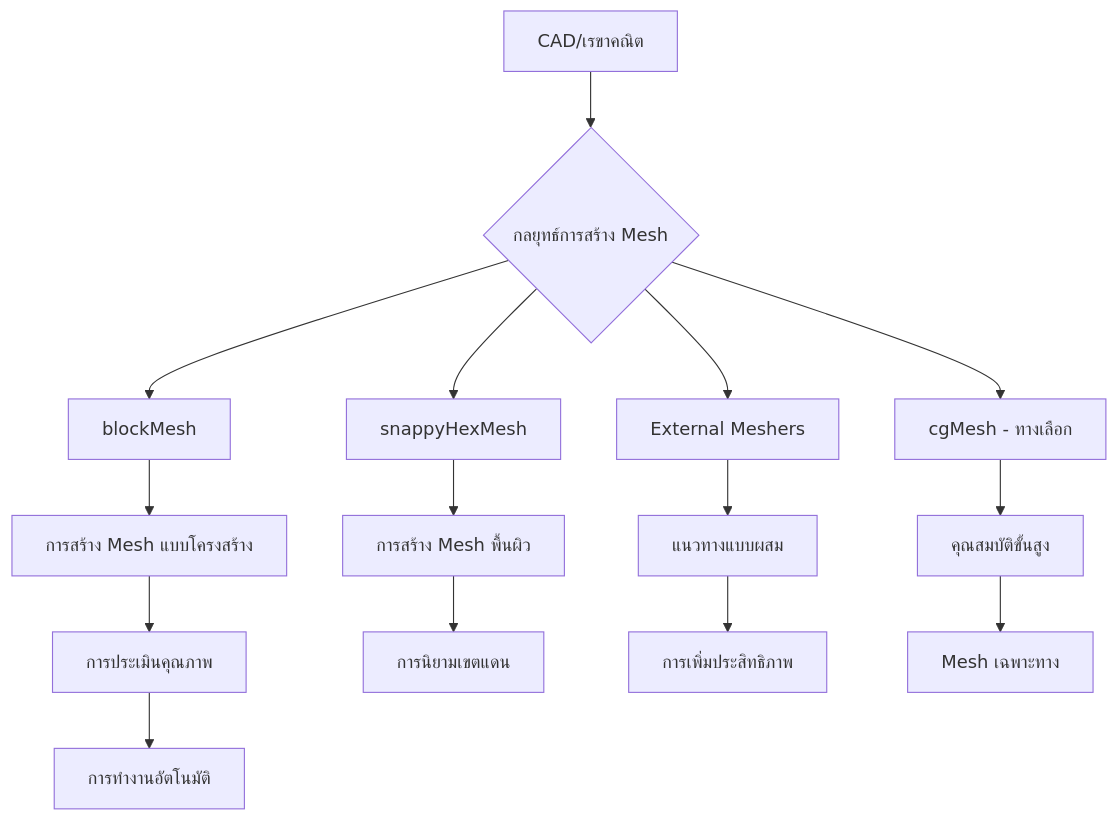
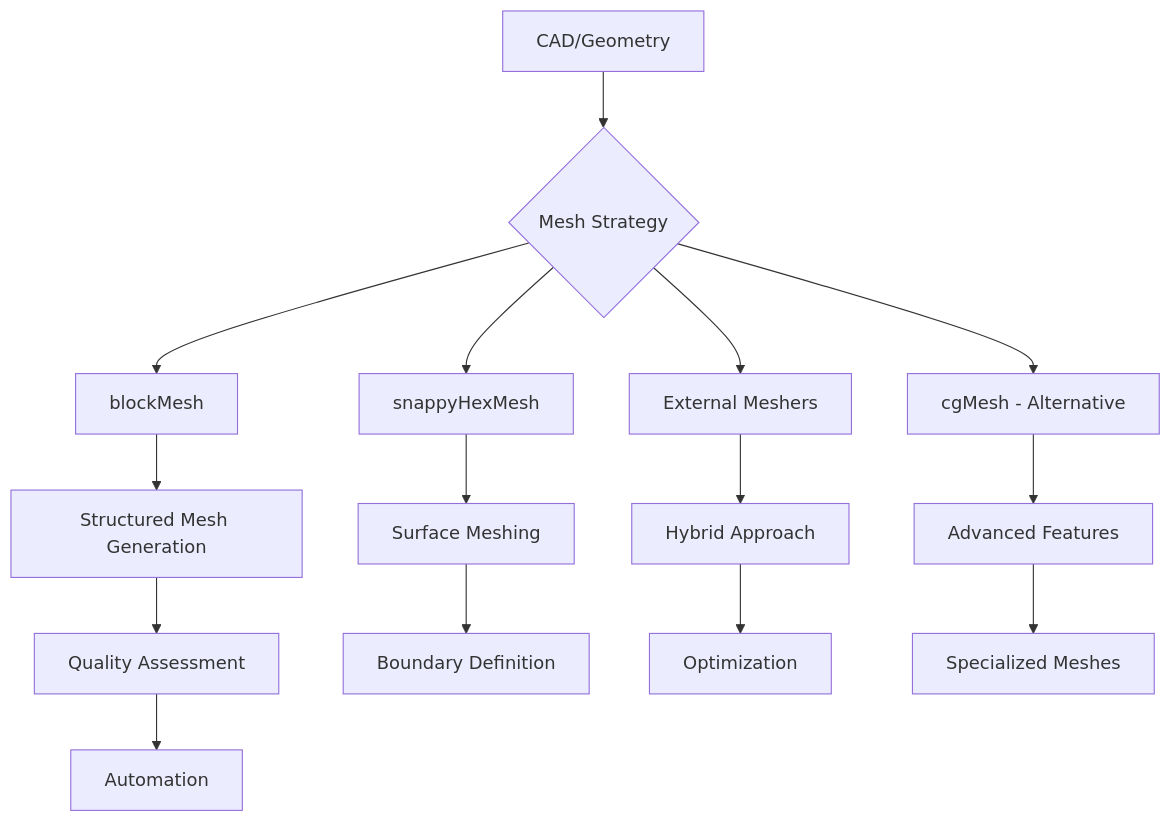
One commit to wramet/build-my-cfd changed the diagram in MODULE_07_UTILITIES_AUTOMATION/CONTENT/02_MESH_PREPARATION/00_Overview.md. Above: the diagram before and after it, drawn with Mermaid. The commit also changed other lines of this file and 104 other files, not shown here.

````diff
--- a/MODULE_07_UTILITIES_AUTOMATION/CONTENT/02_MESH_PREPARATION/00_Overview.md
+++ b/MODULE_07_UTILITIES_AUTOMATION/CONTENT/02_MESH_PREPARATION/00_Overview.md
@@ -17,19 +17,26 @@
 ```mermaid
 flowchart TD
-    A["CAD/เรขาคณิต"] --> B{"กลยุทธ์การสร้าง Mesh"}
-    B --> C[blockMesh]
-    B --> D[snappyHexMesh]
-    B --> E["External Meshers"]
-    B --> F["cgMesh - ทางเลือก"]
+    A["CAD/Geometry"]
+    B{"Mesh Strategy"}
+    C[blockMesh]
+    D[snappyHexMesh]
+    E["External Meshers"]
+    F["cgMesh - Alternative"]
 
-    C --> G["การสร้าง Mesh แบบโครงสร้าง"]
-    D --> H["การสร้าง Mesh พื้นผิว"]
-    E --> I["แนวทางแบบผสม"]
-    F --> J["คุณสมบัติขั้นสูง"]
+    A --> B
+    B --> C
+    B --> D
+    B --> E
+    B --> F
 
-    G --> K["การประเมินคุณภาพ"]
-    H --> L["การนิยามเขตแดน"]
-    I --> M["การเพิ่มประสิทธิภาพ"]
-    J --> N["Mesh เฉพาะทาง"]
-    K --> O["การทำงานอัตโนมัติ"]
+    C --> G["Structured Mesh Generation"]
+    D --> H["Surface Meshing"]
+    E --> I["Hybrid Approach"]
+    F --> J["Advanced Features"]
+
+    G --> K["Quality Assessment"]
+    H --> L["Boundary Definition"]
+    I --> M["Optimization"]
+    J --> N["Specialized Meshes"]
+    K --> O["Automation"]
 ```
````
